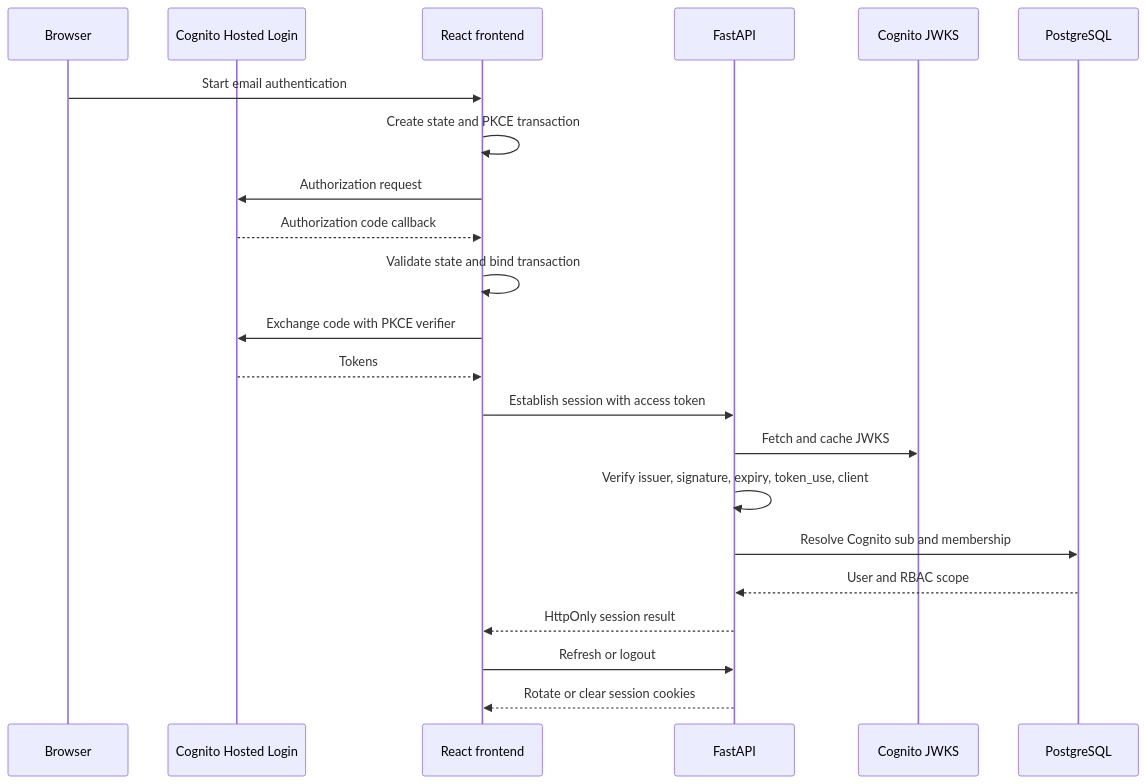
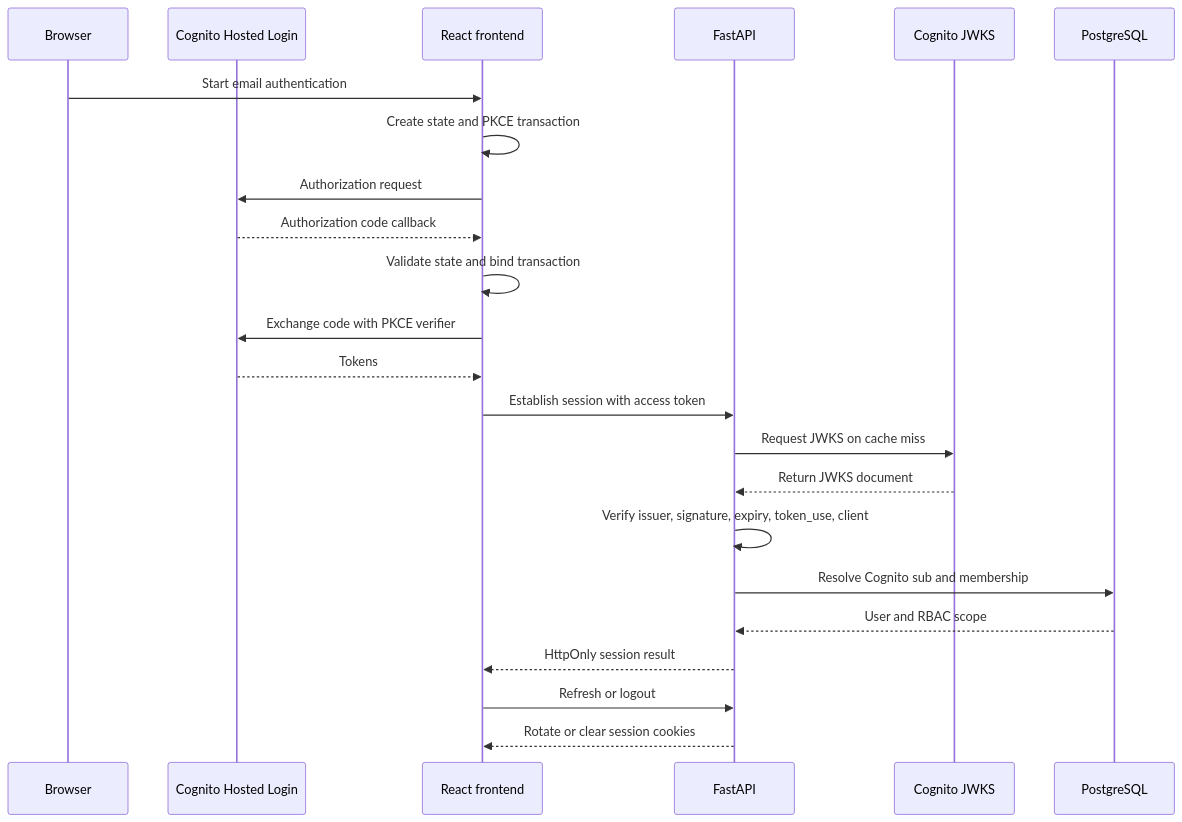
One commit to varunjakkampudi-tech/OraOne changed the diagram in docs/diagrams/cognito-auth-sequence.mmd. Above: the diagram before and after it, drawn with Mermaid. The commit also changed 9 other files, not shown here.

```diff
--- a/docs/diagrams/cognito-auth-sequence.mmd
+++ b/docs/diagrams/cognito-auth-sequence.mmd
@@ -1,22 +1,23 @@
 sequenceDiagram
   participant B as Browser
   participant C as Cognito Hosted Login
   participant F as React frontend
   participant A as FastAPI
   participant J as Cognito JWKS
   participant D as PostgreSQL
   B->>F: Start email authentication
   F->>F: Create state and PKCE transaction
   F->>C: Authorization request
   C-->>F: Authorization code callback
   F->>F: Validate state and bind transaction
   F->>C: Exchange code with PKCE verifier
   C-->>F: Tokens
   F->>A: Establish session with access token
-  A->>J: Fetch and cache JWKS
+  A->>J: Request JWKS on cache miss
+  J-->>A: Return JWKS document
   A->>A: Verify issuer, signature, expiry, token_use, client
   A->>D: Resolve Cognito sub and membership
   D-->>A: User and RBAC scope
   A-->>F: HttpOnly session result
   F->>A: Refresh or logout
   A-->>F: Rotate or clear session cookies
```
